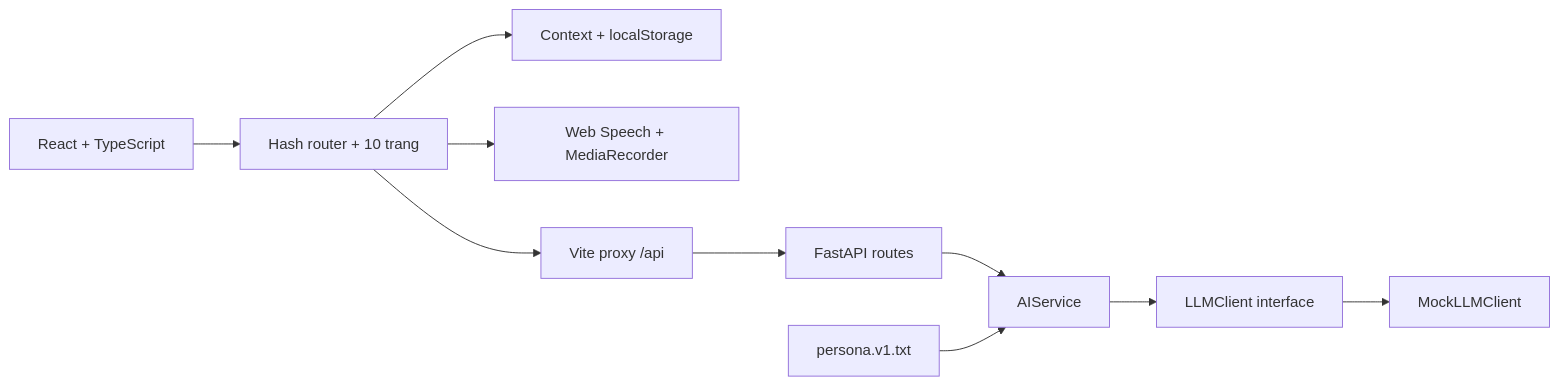
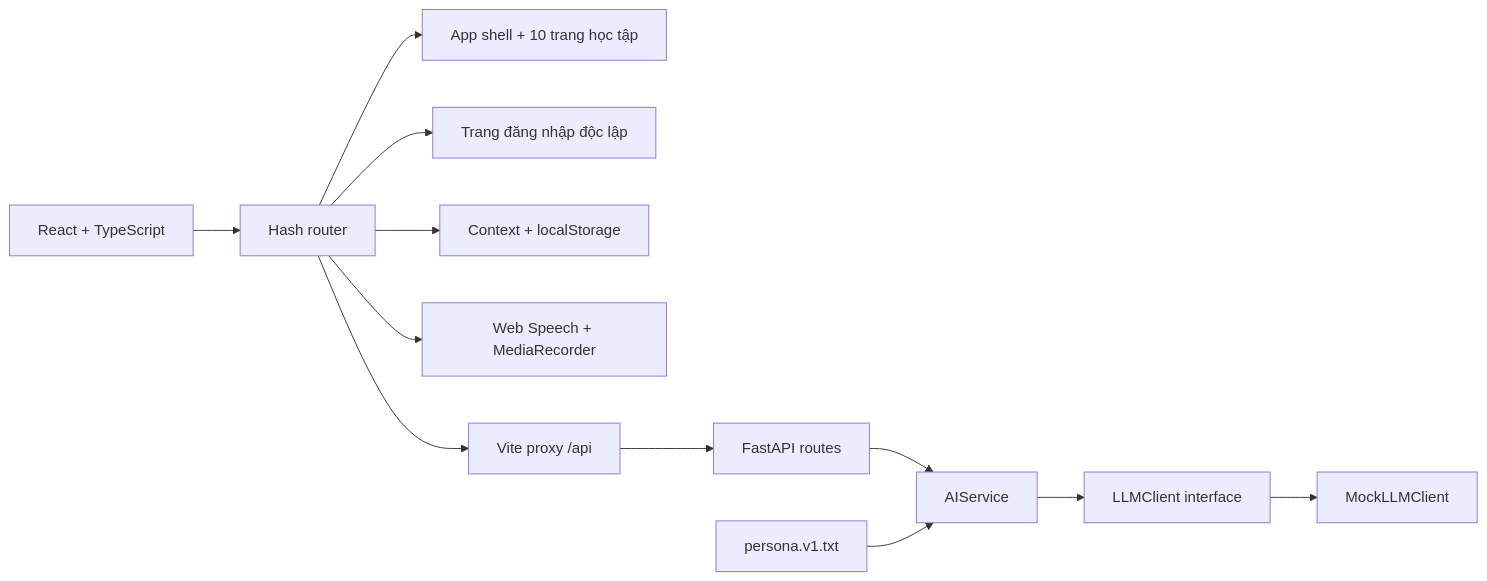
The diagram in docs/ARCHITECTURE.md (VoMinhHoang1610/engmate-ai), drawn with Mermaid before and after one commit. The commit also changed other lines of this file and 37 other files, not shown here.

````diff
--- a/docs/ARCHITECTURE.md
+++ b/docs/ARCHITECTURE.md
@@ -5,12 +5,14 @@
 ```mermaid
 flowchart LR
-  UI[React + TypeScript] --> Router[Hash router + 10 trang]
+  UI[React + TypeScript] --> Router[Hash router]
+  Router --> Learning[App shell + 10 trang học tập]
+  Router --> Auth[Trang đăng nhập độc lập]
   Router --> Store[Context + localStorage]
   Router --> Browser[Web Speech + MediaRecorder]
   Router --> Proxy[Vite proxy /api]
   Proxy --> API[FastAPI routes]
   API --> Service[AIService]
   Service --> Port[LLMClient interface]
   Port --> Mock[MockLLMClient]
   Prompt[persona.v1.txt] --> Service
 ```
````
